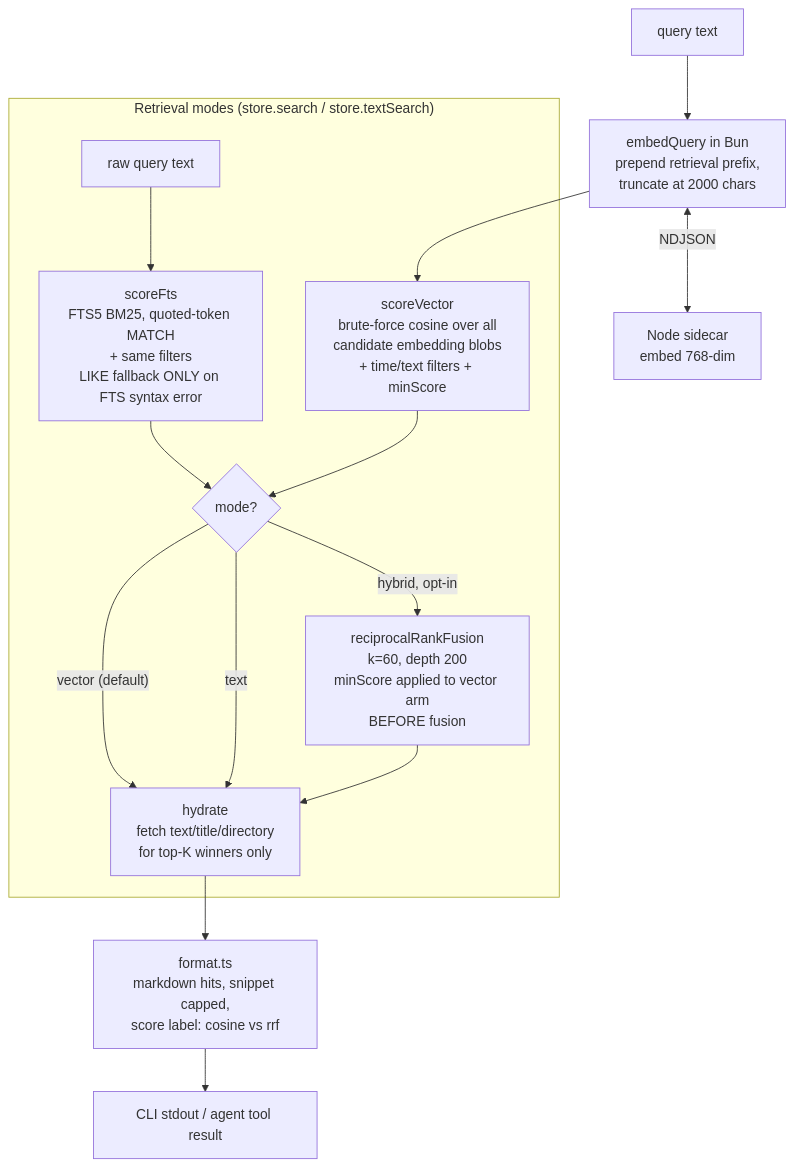
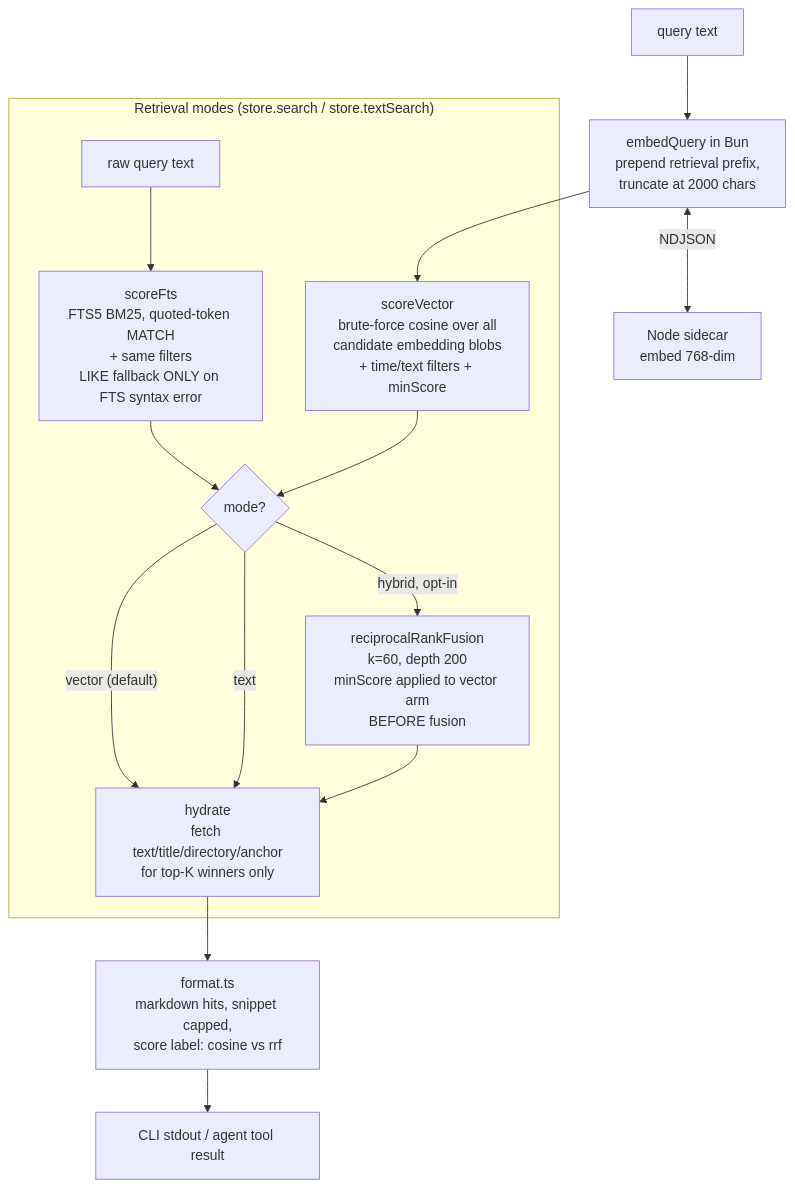
One commit to robertn702/opencode-episodic-memory changed the third of 3 diagrams in ARCHITECTURE.md. Above: the diagram before and after it, drawn with Mermaid. The commit also changed other lines of this file and 14 other files, not shown here.

````diff
--- a/ARCHITECTURE.md
+++ b/ARCHITECTURE.md
@@ -205,19 +210,19 @@
 ```mermaid
 flowchart TB
     Q[query text] --> EQ["embedQuery in Bun<br/>prepend retrieval prefix,<br/>truncate at 2000 chars"]
     EQ <-->|NDJSON| N["Node sidecar<br/>embed 768-dim"]
     EQ --> V["scoreVector<br/>brute-force cosine over all<br/>candidate embedding blobs<br/>+ time/text filters + minScore"]
 
     subgraph Modes["Retrieval modes (store.search / store.textSearch)"]
         V --> D{mode?}
         D -->|"vector (default)"| H
         QT[raw query text] --> F["scoreFts<br/>FTS5 BM25, quoted-token MATCH<br/>+ same filters<br/>LIKE fallback ONLY on FTS syntax error"]
         F --> D
         D -->|text| H
         D -->|"hybrid, opt-in"| RRF["reciprocalRankFusion<br/>k=60, depth 200<br/>minScore applied to vector arm<br/>BEFORE fusion"]
         RRF --> H
     end
 
-    H["hydrate<br/>fetch text/title/directory<br/>for top-K winners only"] --> FMT["format.ts<br/>markdown hits, snippet capped,<br/>score label: cosine vs rrf"]
+    H["hydrate<br/>fetch text/title/directory/anchor<br/>for top-K winners only"] --> FMT["format.ts<br/>markdown hits, snippet capped,<br/>score label: cosine vs rrf"]
     FMT --> OUT[CLI stdout / agent tool result]
 ```
````
